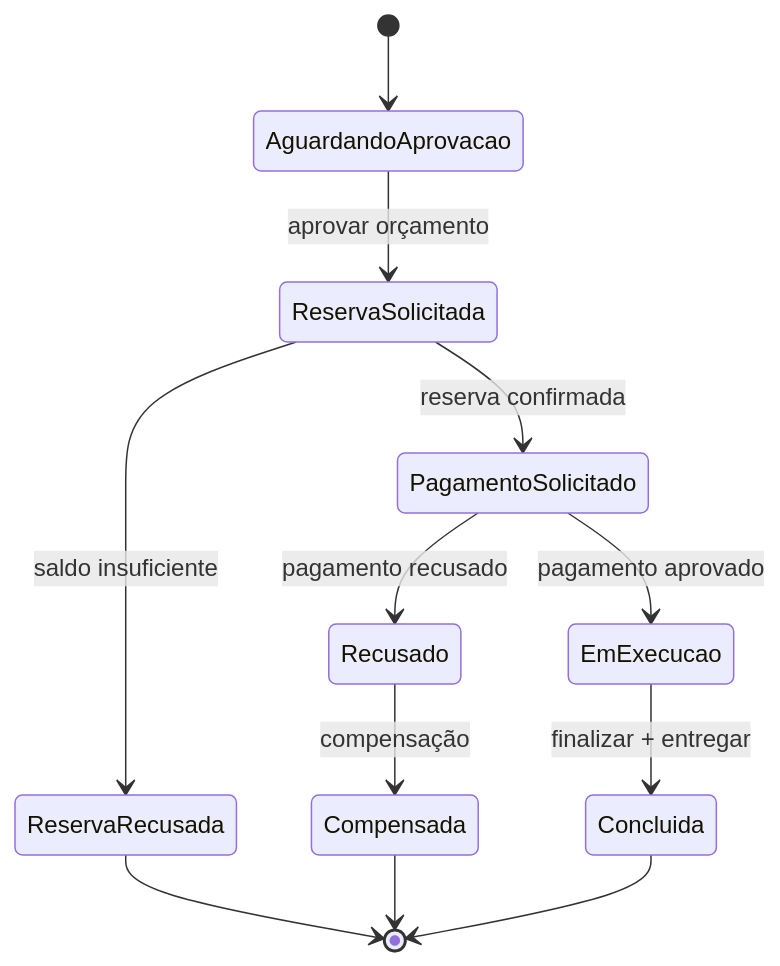
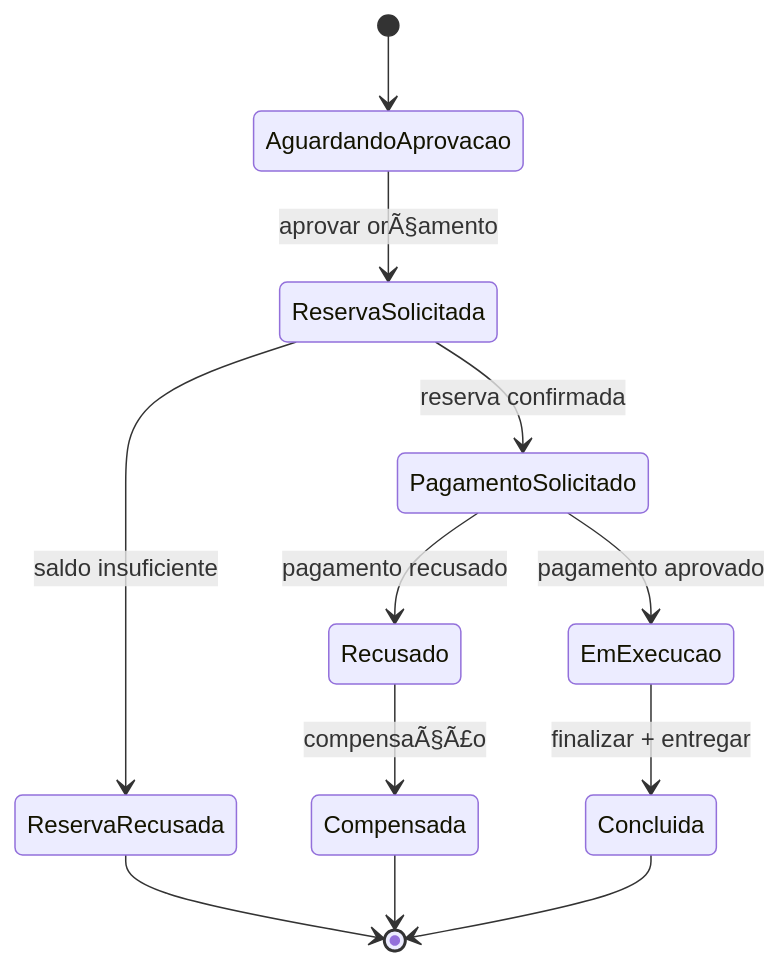
The fourth of 5 diagrams in README.md (fabianorodrigues/oficina-infra-fiap-fase4), drawn with Mermaid before and after one commit. The commit also changed other lines of this file and 9 other files, not shown here.

````diff
--- a/README.md
+++ b/README.md
@@ -142,14 +142,14 @@
 ```mermaid
 stateDiagram-v2
     [*] --> AguardandoAprovacao
-    AguardandoAprovacao --> ReservaSolicitada: aprovar orçamento
+    AguardandoAprovacao --> ReservaSolicitada: aprovar orÃ§amento
     ReservaSolicitada --> ReservaRecusada: saldo insuficiente
     ReservaSolicitada --> PagamentoSolicitado: reserva confirmada
     PagamentoSolicitado --> Recusado: pagamento recusado
     PagamentoSolicitado --> EmExecucao: pagamento aprovado
     EmExecucao --> Concluida: finalizar + entregar
     ReservaRecusada --> [*]
-    Recusado --> Compensada: compensação
+    Recusado --> Compensada: compensaÃ§Ã£o
     Compensada --> [*]
     Concluida --> [*]
 ```
````
